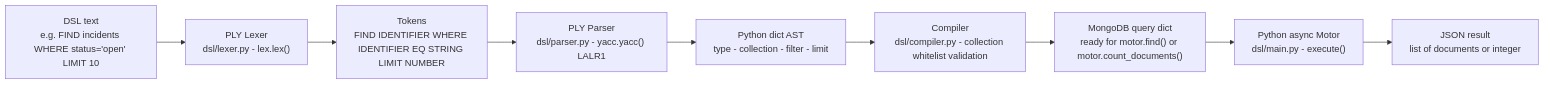
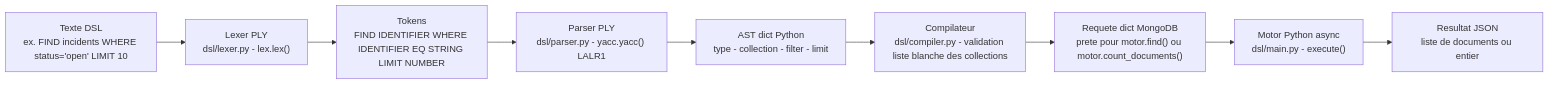
Before and after one commit to creibaud/QuartierConnect: the first of 2 diagrams in docs/DSL.md, drawn with Mermaid. The commit also changed other lines of this file and 5 other files, not shown here.

````diff
--- a/docs/DSL.md
+++ b/docs/DSL.md
@@ -37,14 +37,14 @@
 ```mermaid
 flowchart LR
-    A["DSL text<br/>e.g. FIND incidents WHERE status='open' LIMIT 10"]
-    B["PLY Lexer<br/>dsl/lexer.py - lex.lex()"]
+    A["Texte DSL<br/>ex. FIND incidents WHERE status='open' LIMIT 10"]
+    B["Lexer PLY<br/>dsl/lexer.py - lex.lex()"]
     C["Tokens<br/>FIND IDENTIFIER WHERE IDENTIFIER EQ STRING LIMIT NUMBER"]
-    D["PLY Parser<br/>dsl/parser.py - yacc.yacc() LALR1"]
-    E["Python dict AST<br/>type - collection - filter - limit"]
-    F["Compiler<br/>dsl/compiler.py - collection whitelist validation"]
-    G["MongoDB query dict<br/>ready for motor.find() or motor.count_documents()"]
-    H["Python async Motor<br/>dsl/main.py - execute()"]
-    I["JSON result<br/>list of documents or integer"]
+    D["Parser PLY<br/>dsl/parser.py - yacc.yacc() LALR1"]
+    E["AST dict Python<br/>type - collection - filter - limit"]
+    F["Compilateur<br/>dsl/compiler.py - validation liste blanche des collections"]
+    G["Requete dict MongoDB<br/>prete pour motor.find() ou motor.count_documents()"]
+    H["Motor Python async<br/>dsl/main.py - execute()"]
+    I["Resultat JSON<br/>liste de documents ou entier"]
 
     A --> B --> C --> D --> E --> F --> G --> H --> I
 ```
````
